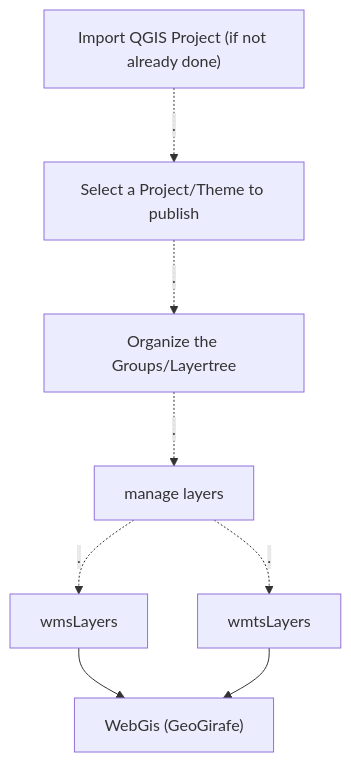
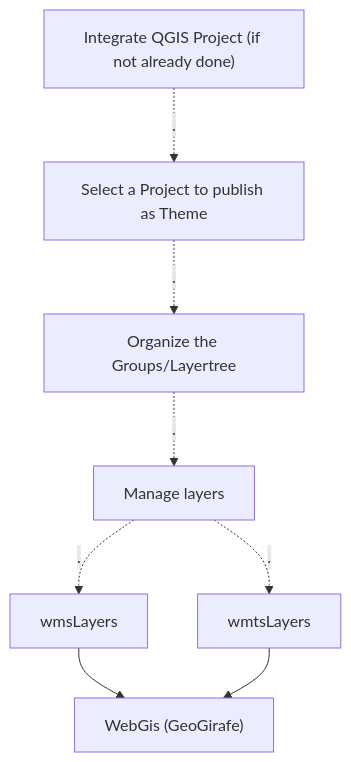
The diagram in docs/src/webgis.md (opengisch/georama), drawn with Mermaid before and after one commit. The commit also changed other lines of this file and 3 other files, not shown here.

````diff
--- a/docs/src/webgis.md
+++ b/docs/src/webgis.md
@@ -10,12 +18,12 @@
 ```mermaid
 graph TB;
-  importQGIS["Import QGIS Project (if not already done)"] -. "." .-> prepareTheme
-  prepareTheme["Select a Project/Theme to publish"] -. "." .-> groups
+  importQGIS["Integrate QGIS Project (if not already done)"] -. "." .-> prepareTheme
+  prepareTheme["Select a Project to publish as Theme"] -. "." .-> groups
   
   groups["Organize the Groups/Layertree"] -.".".-> manageLayers
-  manageLayers["manage layers"] -.".".-> wmsLayers
+  manageLayers["Manage layers"] -.".".-> wmsLayers
   manageLayers -.".".-> wmtsLayers
   wmsLayers --> webGis
   wmtsLayers --> webGis
   webGis["WebGis (GeoGirafe)"]
 ```
````
